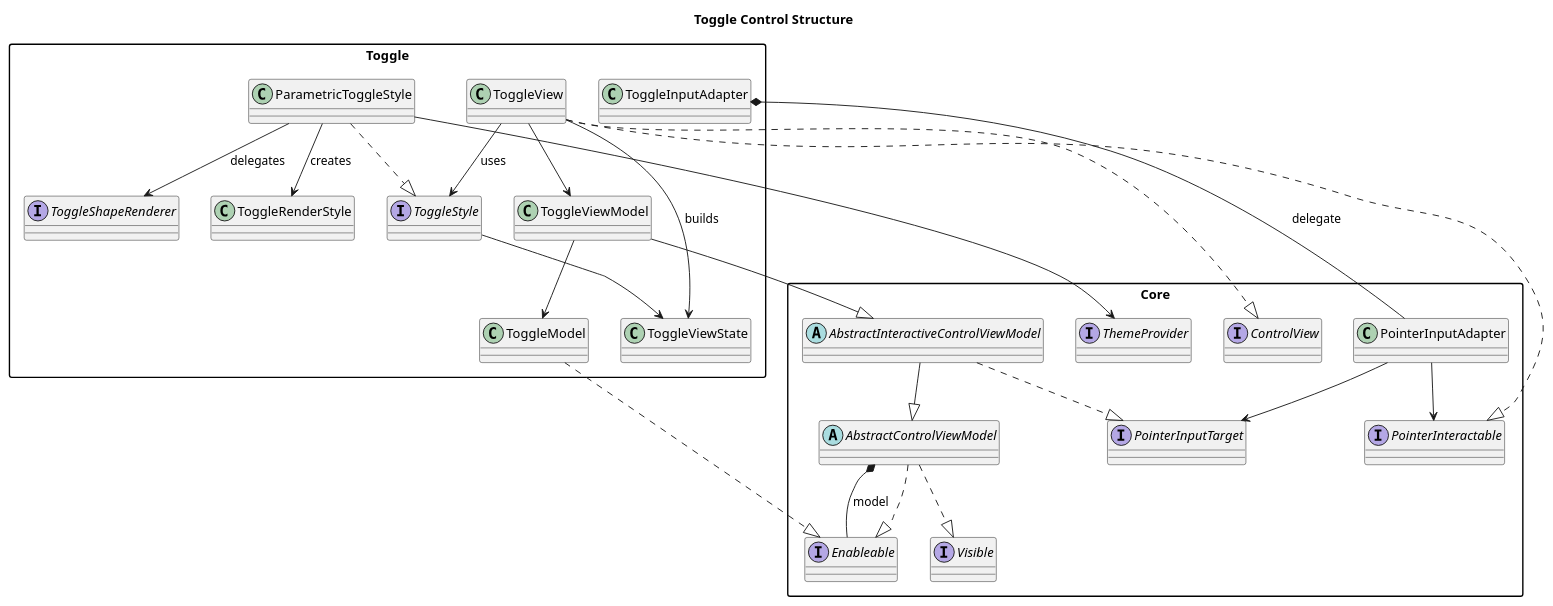
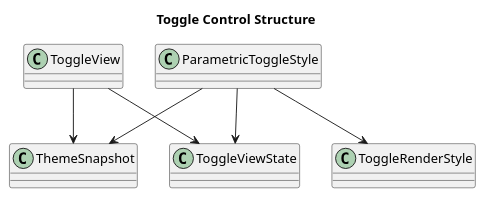
Before and after one commit to cdpoloz/cpz-mvvm-processing-controls: the diagram in docs/uml/control_toggle.puml, drawn with PlantUML. The commit also changed 53 other files, not shown here.

```diff
--- a/docs/uml/control_toggle.puml
+++ b/docs/uml/control_toggle.puml
@@ -1,51 +1,17 @@
 @startuml
 title Toggle Control Structure
 skinparam packageStyle rectangle
 skinparam shadowing false
 
-package "Core" {
-  interface Enableable
-  interface Visible
-  interface ControlView
-  interface PointerInputTarget
-  interface PointerInteractable
-  abstract class AbstractControlViewModel
-  abstract class AbstractInteractiveControlViewModel
-  class PointerInputAdapter
-  interface ThemeProvider
-}
+class ToggleView
+class ToggleViewState
+class ParametricToggleStyle
+class ToggleRenderStyle
+class ThemeSnapshot
 
-package "Toggle" {
-  class ToggleModel
-  class ToggleViewModel
-  class ToggleView
-  class ToggleInputAdapter
-  class ToggleViewState
-  interface ToggleStyle
-  class ParametricToggleStyle
-  class ToggleRenderStyle
-  interface ToggleShapeRenderer
-}
-
-AbstractControlViewModel ..|> Visible
-AbstractControlViewModel ..|> Enableable
-AbstractInteractiveControlViewModel --|> AbstractControlViewModel
-AbstractInteractiveControlViewModel ..|> PointerInputTarget
-ToggleModel ..|> Enableable
-ToggleViewModel --|> AbstractInteractiveControlViewModel
-ToggleView ..|> ControlView
-ToggleView ..|> PointerInteractable
-AbstractControlViewModel *-- Enableable : model
-ToggleViewModel --> ToggleModel
-ToggleView --> ToggleViewModel
-ToggleView --> ToggleViewState : builds
-ToggleView --> ToggleStyle : uses
-ToggleStyle --> ToggleViewState
-ParametricToggleStyle ..|> ToggleStyle
-ParametricToggleStyle --> ToggleRenderStyle : creates
-ParametricToggleStyle --> ToggleShapeRenderer : delegates
-ParametricToggleStyle --> ThemeProvider
-PointerInputAdapter --> PointerInteractable
-PointerInputAdapter --> PointerInputTarget
-ToggleInputAdapter *-- PointerInputAdapter : delegate
+ToggleView --> ToggleViewState
+ToggleView --> ThemeSnapshot
+ParametricToggleStyle --> ToggleViewState
+ParametricToggleStyle --> ThemeSnapshot
+ParametricToggleStyle --> ToggleRenderStyle
 @enduml
```
